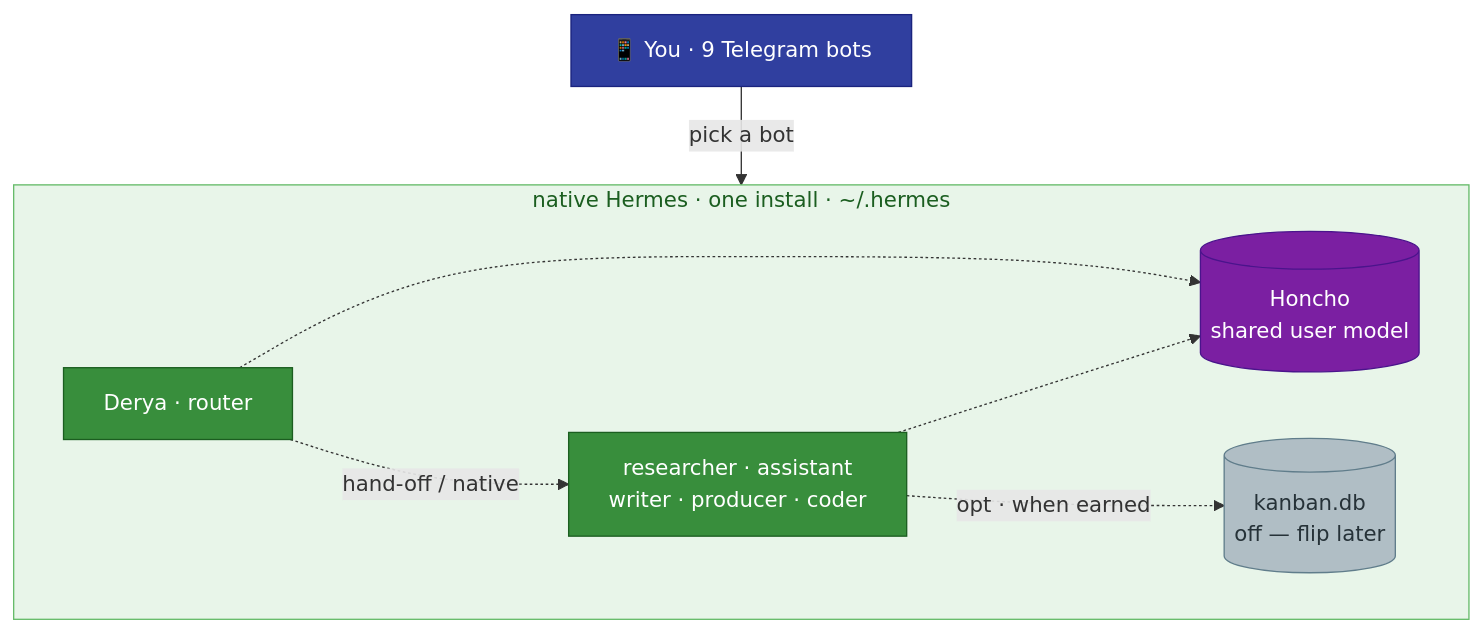
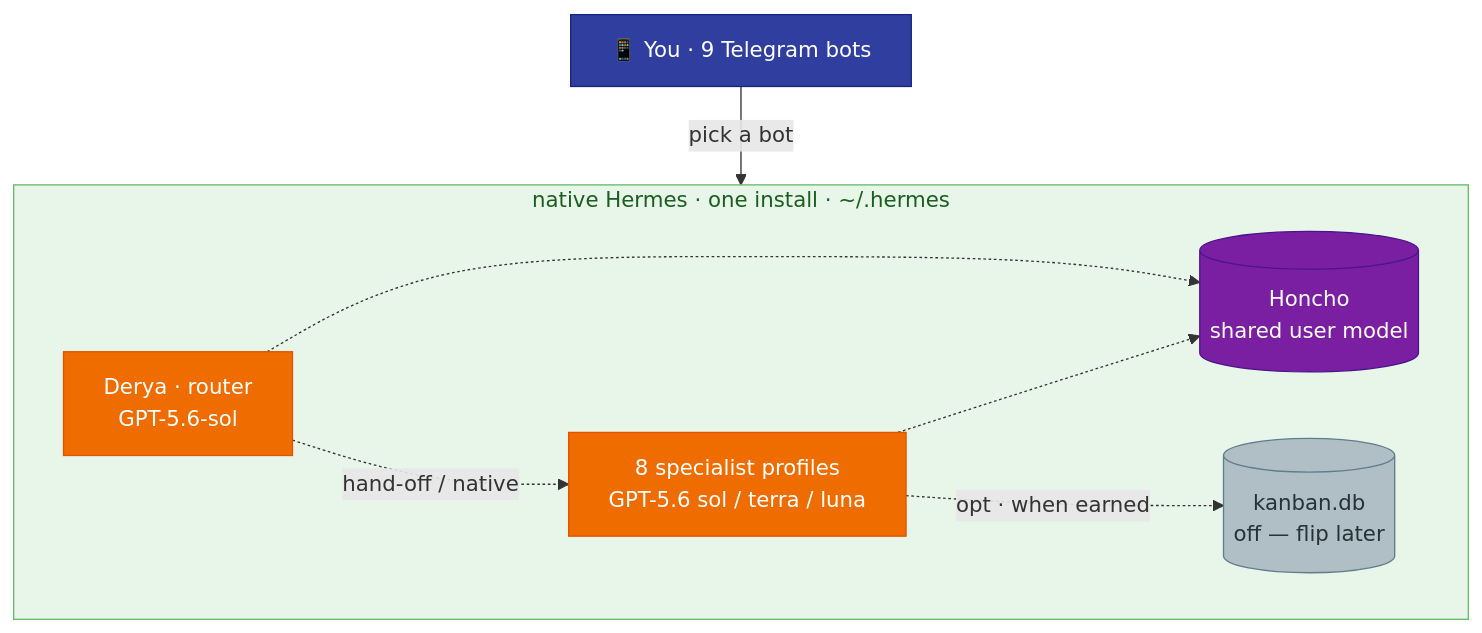
Before and after one commit to mpolatcan/hermes-setup: the diagram in docs/12-agent-comms.md, drawn with Mermaid. The commit also changed 14 other files, not shown here.

````diff
--- a/docs/12-agent-comms.md
+++ b/docs/12-agent-comms.md
@@ -7,21 +7,21 @@
 ```mermaid
 flowchart TB
     you["📱 You · 9 Telegram bots"]:::user
     subgraph install["native Hermes · one install · ~/.hermes"]
         direction LR
-        derya["Derya · router"]:::mini
-        others["researcher · assistant<br/>writer · producer · coder"]:::mini
+        derya["Derya · router<br/>GPT-5.6-sol"]:::codex
+        others["8 specialist profiles<br/>GPT-5.6 sol / terra / luna"]:::codex
         honcho[("Honcho<br/>shared user model")]:::infra
         board[("kanban.db<br/>off — flip later")]:::off
     end
     you -->|pick a bot| install
     derya -.->|hand-off / native| others
     others -.-> honcho
     derya -.-> honcho
     others -. "opt · when earned" .-> board
     classDef user fill:#303F9F,stroke:#1A237E,color:#fff
-    classDef mini fill:#388E3C,stroke:#1B5E20,color:#fff
+    classDef codex fill:#EF6C00,stroke:#E65100,color:#fff
     classDef infra fill:#7B1FA2,stroke:#4A148C,color:#fff
     classDef off fill:#B0BEC5,stroke:#607D8B,color:#263238
     style install fill:#E8F5E9,stroke:#66BB6A,color:#1B5E20
 ```
````
